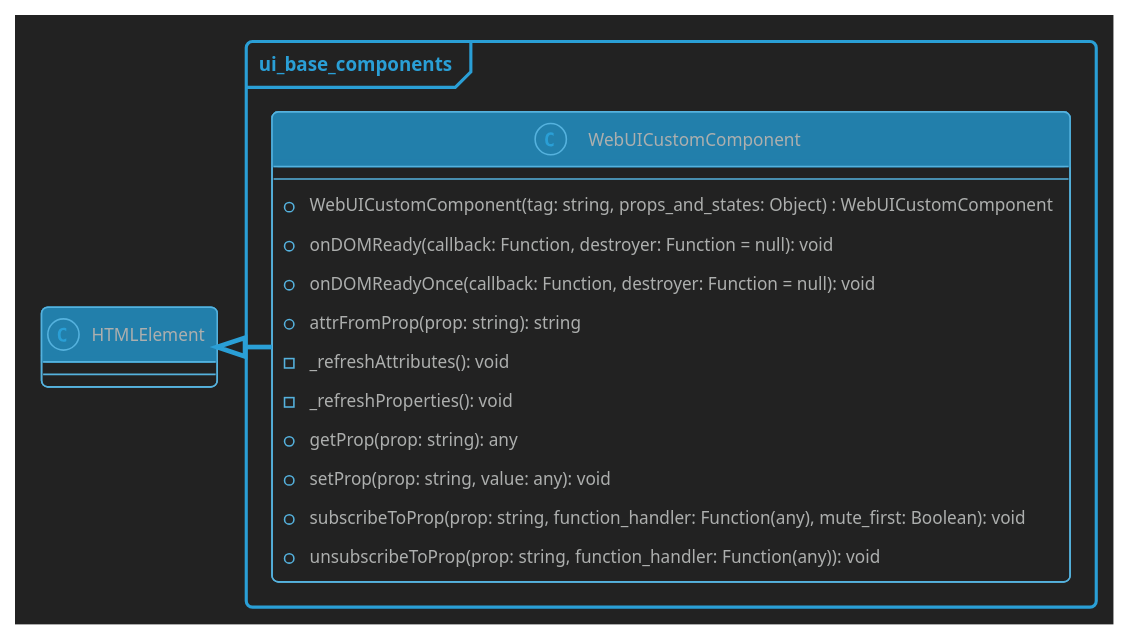
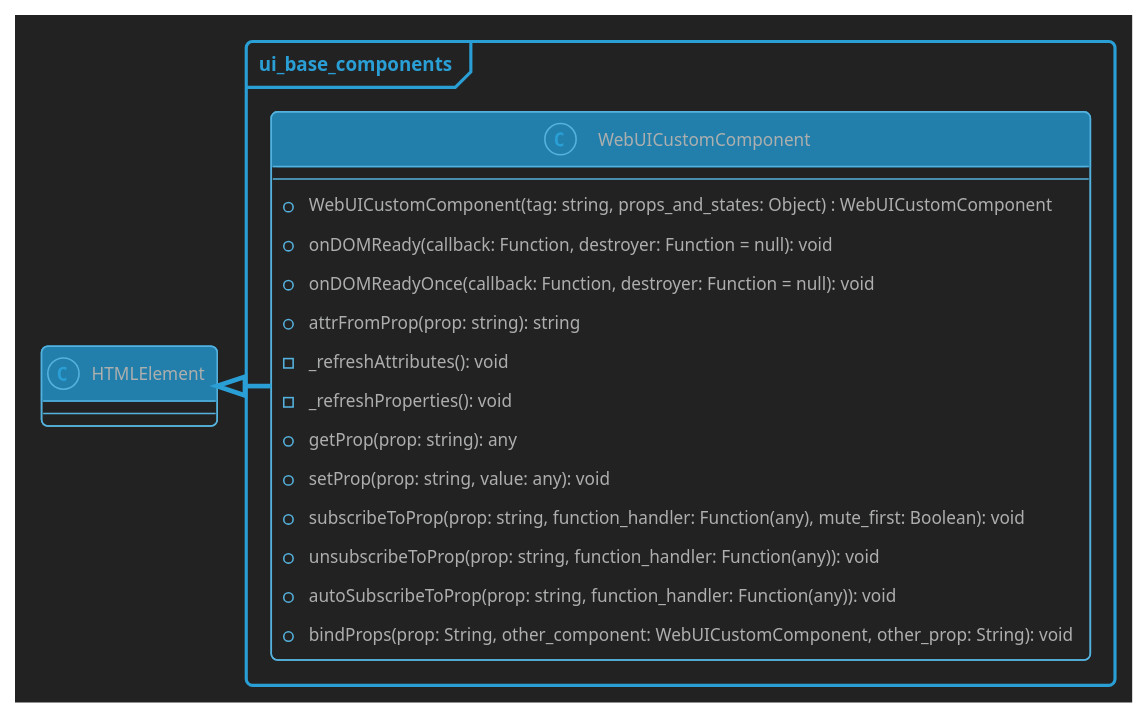
Before and after one commit to Picorims/wav2bar: the diagram in docs/ui/web_ui_custom_component.plantuml, drawn with PlantUML. The commit also changed 16 other files, not shown here.

Commit message:
add webUIInputField, improve props handling, fix infinite loop in bind states, improve JSDoc typing of custom components

```diff
--- a/docs/ui/web_ui_custom_component.plantuml
+++ b/docs/ui/web_ui_custom_component.plantuml
@@ -1,43 +1,45 @@
 @startuml ui_base_components
 
 'Wav2Bar - Free software for creating audio visualization (motion design) videos
 'Copyright (C) 2022  Picorims <picorims.contact@gmail.com>
 
 'This program is free software: you can redistribute it and/or modify
 'it under the terms of the GNU General Public License as published by
 'the Free Software Foundation, either version 3 of the License, or
 'any later version.
 
 'This program is distributed in the hope that it will be useful,
 'but WITHOUT ANY WARRANTY; without even the implied warranty of
 'MERCHANTABILITY or FITNESS FOR A PARTICULAR PURPOSE.  See the
 'GNU General Public License for more details.
 
 'You should have received a copy of the GNU General Public License
 'along with this program.  If not, see <https://www.gnu.org/licenses/>.
 
 !theme cyborg-outline
 skinparam BackgroundColor #222222
 ' skinparam groupInheritance 2
 skinparam PackageStyle frame
 
 class HTMLElement {}
 
 package "ui_base_components" {
     class WebUICustomComponent {
         --
         + WebUICustomComponent(tag: string, props_and_states: Object) : WebUICustomComponent
         + onDOMReady(callback: Function, destroyer: Function = null): void
         + onDOMReadyOnce(callback: Function, destroyer: Function = null): void
         + attrFromProp(prop: string): string
         - _refreshAttributes(): void
         - _refreshProperties(): void
         + getProp(prop: string): any
         + setProp(prop: string, value: any): void
         + subscribeToProp(prop: string, function_handler: Function(any), mute_first: Boolean): void
         + unsubscribeToProp(prop: string, function_handler: Function(any)): void
+        + autoSubscribeToProp(prop: string, function_handler: Function(any)): void
+        + bindProps(prop: String, other_component: WebUICustomComponent, other_prop: String): void
     }
     HTMLElement <|-right- WebUICustomComponent
 }
 
 @enduml
```
